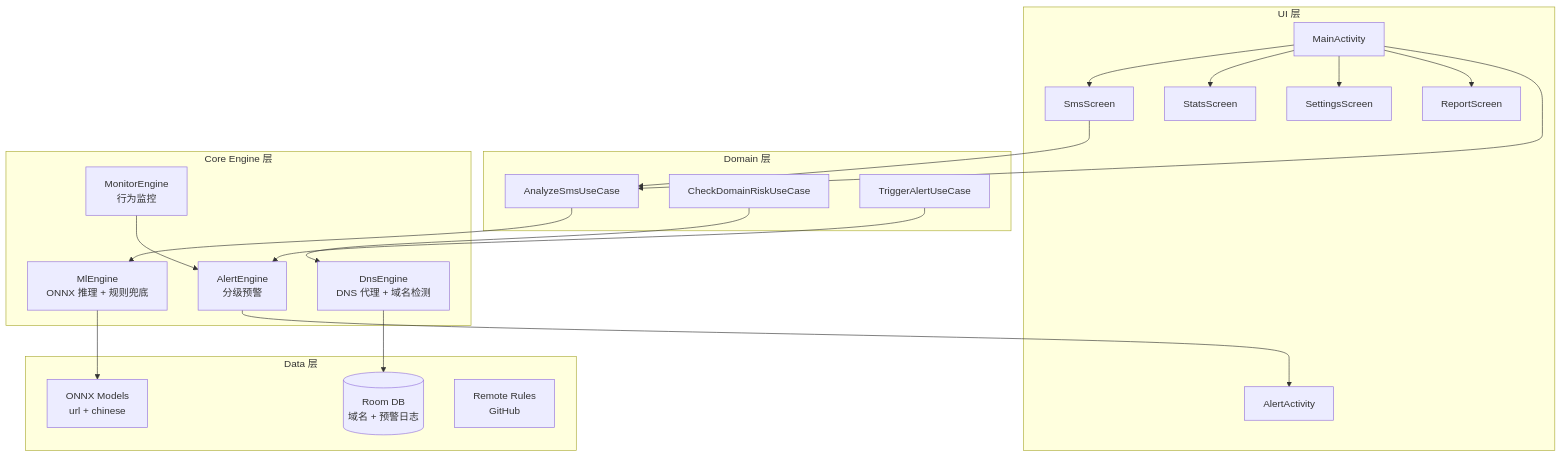
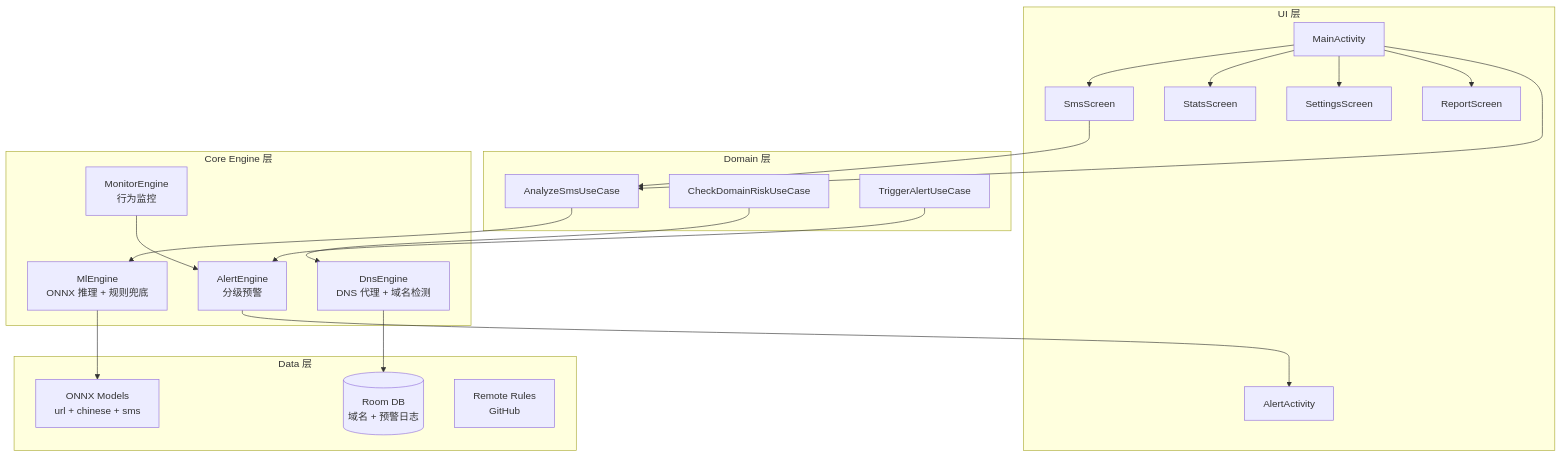
The first of 3 diagrams in readme/README.zh-CN.md (Tianshang301/TianshangGuard), drawn with Mermaid before and after one commit. The commit also changed other lines of this file and 1 other file, not shown here.

````diff
--- a/readme/README.zh-CN.md
+++ b/readme/README.zh-CN.md
@@ -31,39 +32,39 @@
 ```mermaid
 graph TB
     subgraph Presentation["UI 层"]
         A[MainActivity] --> B[SmsScreen]
         A --> C[StatsScreen]
         A --> D[SettingsScreen]
         A --> E[ReportScreen]
         F[AlertActivity]
     end
 
     subgraph Domain["Domain 层"]
         G[AnalyzeSmsUseCase]
         H[CheckDomainRiskUseCase]
         I[TriggerAlertUseCase]
     end
 
     subgraph Core["Core Engine 层"]
         J[DnsEngine<br/>DNS 代理 + 域名检测]
         K[MlEngine<br/>ONNX 推理 + 规则兜底]
         L[MonitorEngine<br/>行为监控]
         M[AlertEngine<br/>分级预警]
     end
 
     subgraph Data["Data 层"]
         N[(Room DB<br/>域名 + 预警日志)]
-        O[ONNX Models<br/>url + chinese]
+        O[ONNX Models<br/>url + chinese + sms]
         P[Remote Rules<br/>GitHub]
     end
 
     A --> G
     B --> G
     G --> K
     H --> J
     I --> M
     J --> N
     K --> O
     L --> M
     M --> F
 ```
````
